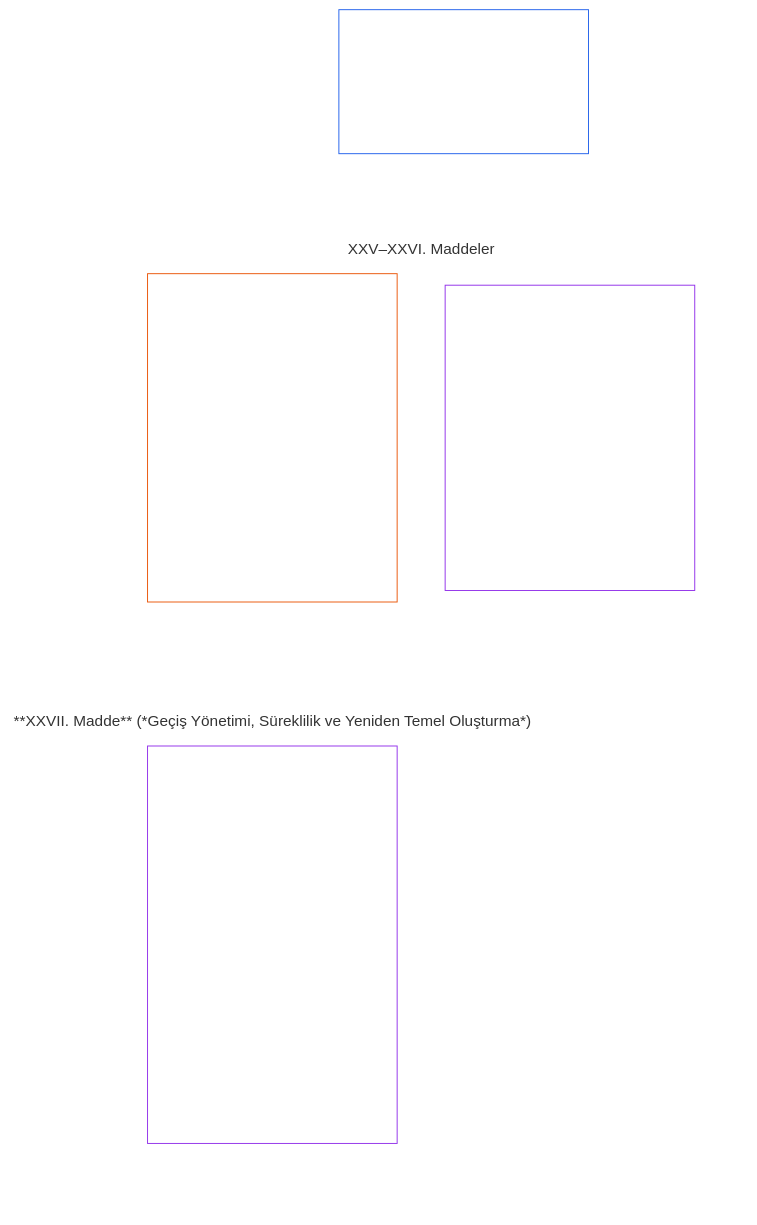
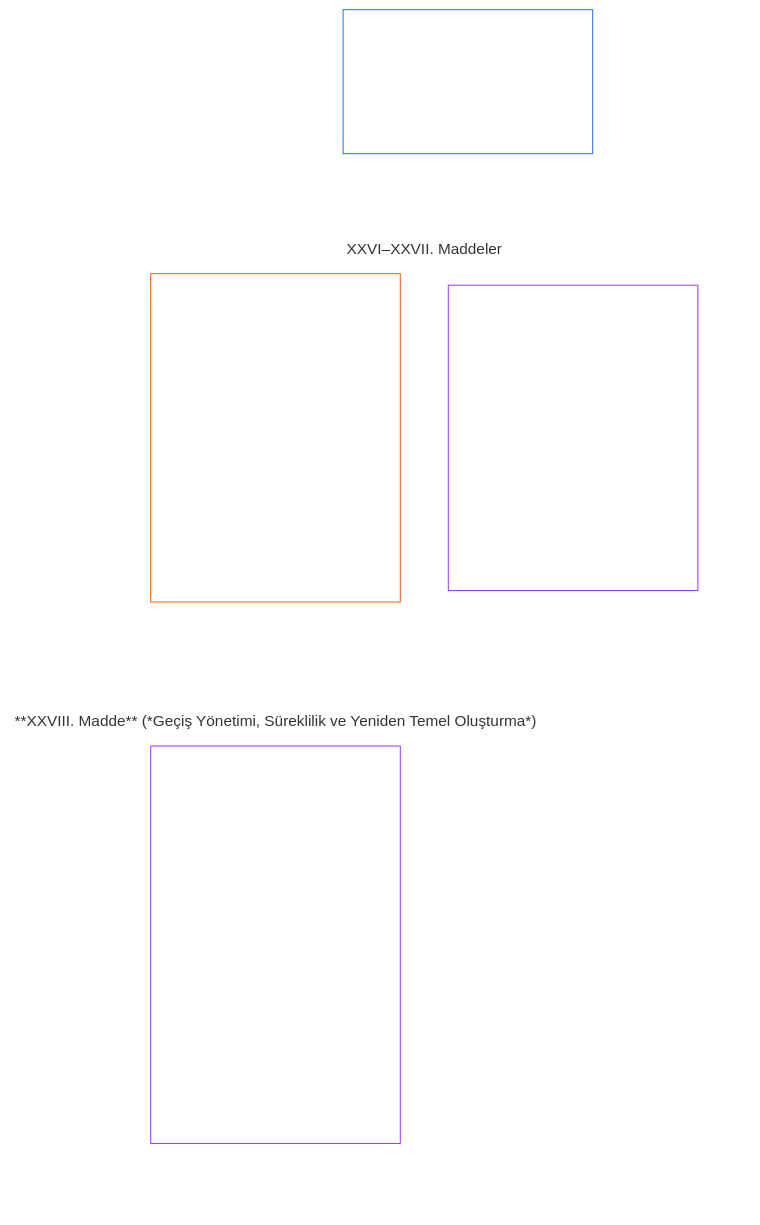
Before and after one commit to kfoelsch/Sentient_Constitution: the diagram in translations/tr/core_06_rights_part_e.md, drawn with Mermaid. The commit also changed other lines of this file and 353 other files, not shown here.

````diff
--- a/translations/tr/core_06_rights_part_e.md
+++ b/translations/tr/core_06_rights_part_e.md
@@ -40,24 +40,24 @@
 ```mermaid
 flowchart TB
     D0["Kısım E<br/><br/>Çatışma çözümü, inceleme, anayasal evrim ve geçiş"]
     subgraph Dgrid[" "]
         direction TB
-        subgraph Drow1["XXV–XXVI. Maddeler"]
-            D1["**XXV. Madde** (*Zamanında Geriye Dönük İnceleme ve Onarıcı Uyum*) · Zamanında Geriye Dönük İnceleme ve Onarıcı Uyum<br/><br/>• Geriye dönük inceleme ve açıklama<br/>• Hak çatışması usulü<br/>• Onarıcı uyum<br/>• Zamanında çözüm ve gecikme karşıtı taban"]
-            D2["**XXVI. Madde** (*Anayasal Evrim ve Kökleşmeyi Önleme*) · Anayasal Evrim ve Kökleşmeyi Önleme<br/><br/>• Kökleşmeyi önleme ve yeniden gözden geçirilebilirlik<br/>• Dönemsel yeniden doğrulama ve şeffaf değişiklik"]
+        subgraph Drow1["XXVI–XXVII. Maddeler"]
+            D1["**XXVI. Madde** (*Zamanında Geriye Dönük İnceleme ve Onarıcı Uyum*) · Zamanında Geriye Dönük İnceleme ve Onarıcı Uyum<br/><br/>• Geriye dönük inceleme ve açıklama<br/>• Hak çatışması usulü<br/>• Onarıcı uyum<br/>• Zamanında çözüm ve gecikme karşıtı taban"]
+            D2["**XXVII. Madde** (*Anayasal Evrim ve Kökleşmeyi Önleme*) · Anayasal Evrim ve Kökleşmeyi Önleme<br/><br/>• Kökleşmeyi önleme ve yeniden gözden geçirilebilirlik<br/>• Dönemsel yeniden doğrulama ve şeffaf değişiklik"]
         end
-        subgraph Drow2["**XXVII. Madde** (*Geçiş Yönetimi, Süreklilik ve Yeniden Temel Oluşturma*)"]
-            D3["**XXVII. Madde** (*Geçiş Yönetimi, Süreklilik ve Yeniden Temel Oluşturma*) · Geçiş Yönetimi, Süreklilik ve Yeniden Temel Oluşturma<br/><br/>• Aşamalı benimseme ve Hak Tabanının sürekliliği<br/>• Geçiş yetkisi ve yeniden yetkilendirme<br/>• Başarısızlık çıkış yolları, yeniden temel oluşturma ve izlenebilirlik<br/>• Uyumsuz mülk ve sistemler"]
+        subgraph Drow2["**XXVIII. Madde** (*Geçiş Yönetimi, Süreklilik ve Yeniden Temel Oluşturma*)"]
+            D3["**XXVIII. Madde** (*Geçiş Yönetimi, Süreklilik ve Yeniden Temel Oluşturma*) · Geçiş Yönetimi, Süreklilik ve Yeniden Temel Oluşturma<br/><br/>• Aşamalı benimseme ve Hak Tabanının sürekliliği<br/>• Geçiş yetkisi ve yeniden yetkilendirme<br/>• Başarısızlık çıkış yolları, yeniden temel oluşturma ve izlenebilirlik<br/>• Uyumsuz mülk ve sistemler"]
         end
     end
     %% Görünmez bağlantılar iki sütunlu ızgarayı zorlar: her bağlantı hedefini bir düzey aşağı koyar.
     D0 ~~~ D1 & D2
     D1 ~~~ D3
     style Dgrid fill:none,stroke:none
     style Drow1 fill:none,stroke:none
     style Drow2 fill:none,stroke:none
     style D0 fill:none,stroke:#2563eb,color:#ffffff
     style D1 fill:none,stroke:#ea580c,color:#ffffff
     style D2 fill:none,stroke:#9333ea,color:#ffffff
     style D3 fill:none,stroke:#9333ea,color:#ffffff
 ```
````
